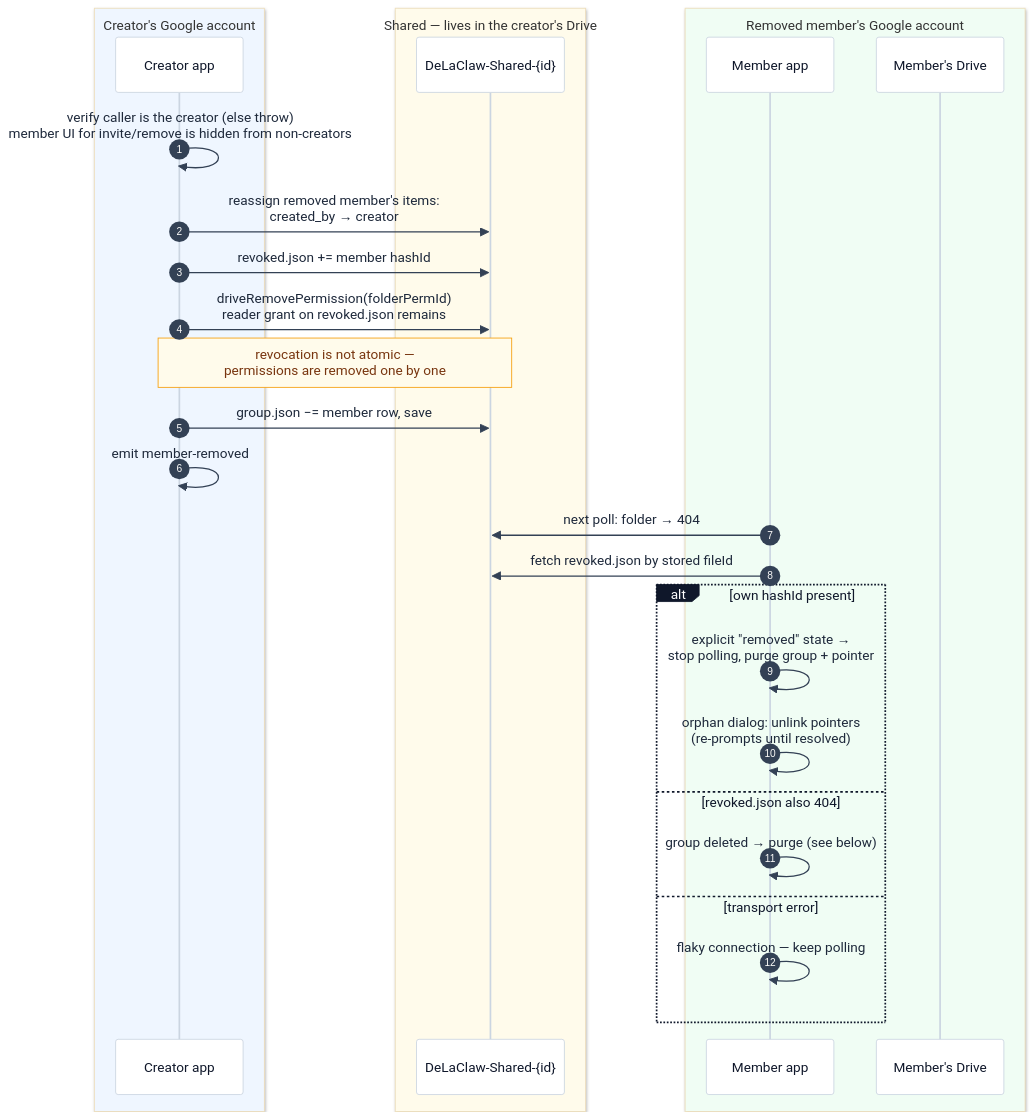
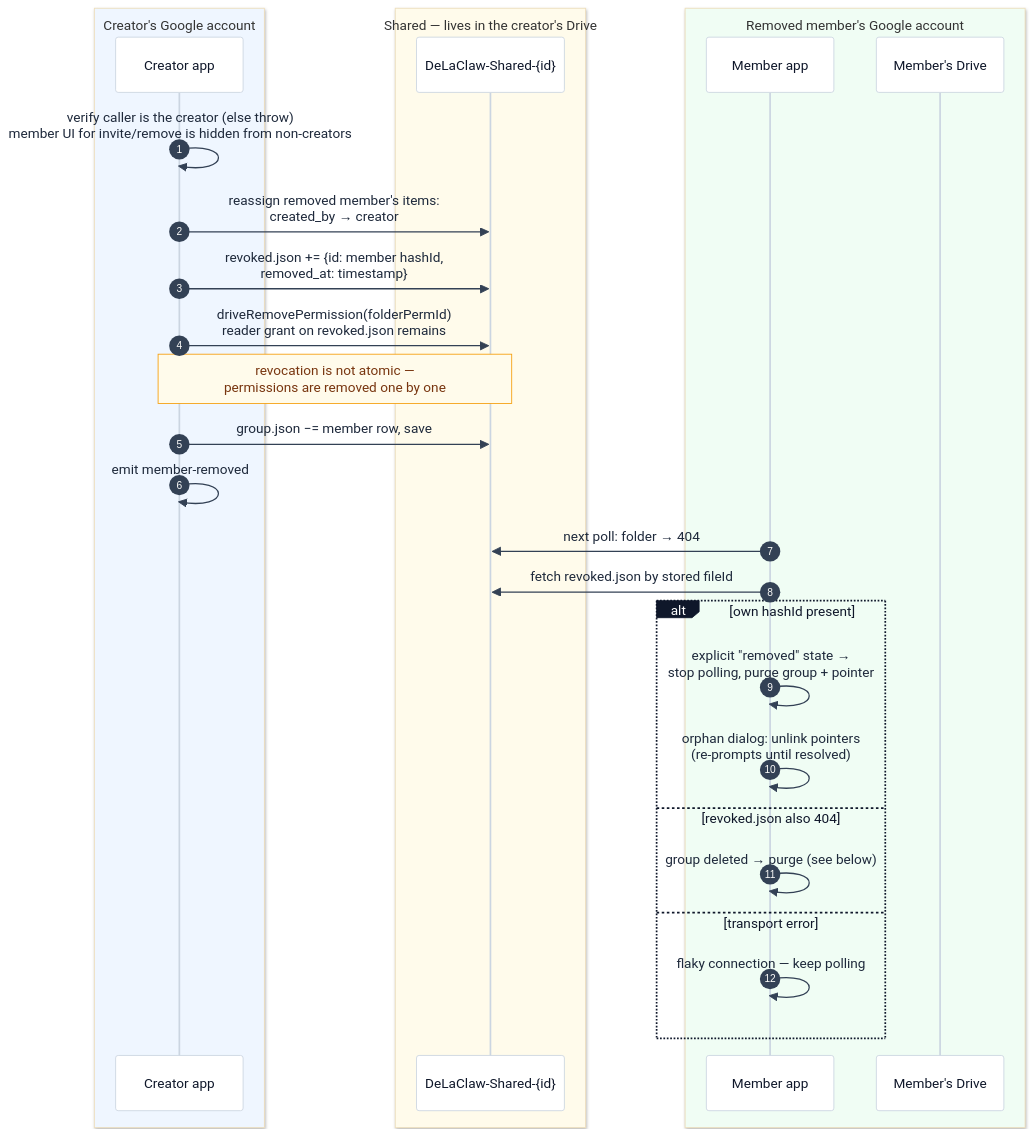
One commit to AntGro/DeLaClaw changed the tenth of 12 diagrams in docs-site/sharing.md. Above: the diagram before and after it, drawn with Mermaid. The commit also changed other lines of this file and 11 other files, not shown here.

First line of the commit message:
feat(sharing): phase 3 — revoked.json removed-member notices

````diff
--- a/docs-site/sharing.md
+++ b/docs-site/sharing.md
@@ -280,33 +280,33 @@
 ```mermaid
 %%{init: {'theme': 'base', 'themeVariables': {'background': '#fbfaf8', 'actorBkg': '#ffffff', 'actorBorder': '#cbd5e1', 'actorTextColor': '#0f172a', 'actorLineColor': '#cbd5e1', 'signalColor': '#334155', 'signalTextColor': '#1e293b', 'noteBkgColor': '#fffbeb', 'noteBorderColor': '#f59e0b', 'noteTextColor': '#78350f', 'labelBoxBkgColor': '#0f172a', 'labelBoxBorderColor': '#0f172a', 'labelTextColor': '#ffffff'}}}%%
 sequenceDiagram
     autonumber
     box rgb(239,246,255) Creator's Google account
     participant CA as Creator app
     end
     box rgb(255,251,235) Shared — lives in the creator's Drive
     participant SF as DeLaClaw-Shared-{id}
     end
     box rgb(240,253,244) Removed member's Google account
     participant MA as Member app
     participant MD as Member's Drive
     end
 
     CA->>CA: verify caller is the creator (else throw)<br/>member UI for invite/remove is hidden from non-creators
     CA->>SF: reassign removed member's items:<br/>created_by → creator
-    CA->>SF: revoked.json += member hashId
+    CA->>SF: revoked.json += {id: member hashId,<br/>removed_at: timestamp}
     CA->>SF: driveRemovePermission(folderPermId)<br/>reader grant on revoked.json remains
     Note over CA,SF: revocation is not atomic —<br/>permissions are removed one by one
     CA->>SF: group.json −= member row, save
     CA->>CA: emit member-removed
     MA->>SF: next poll: folder → 404
     MA->>SF: fetch revoked.json by stored fileId
     alt own hashId present
     MA->>MA: explicit "removed" state →<br/>stop polling, purge group + pointer
     MA->>MA: orphan dialog: unlink pointers<br/>(re-prompts until resolved)
     else revoked.json also 404
     MA->>MA: group deleted → purge (see below)
     else transport error
     MA->>MA: flaky connection — keep polling
     end
 ```
````
